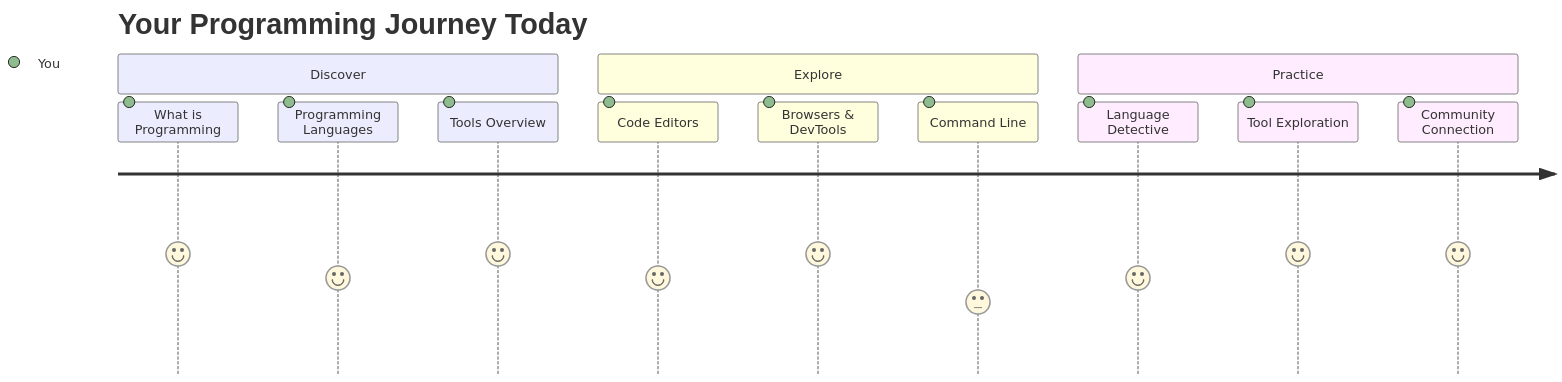
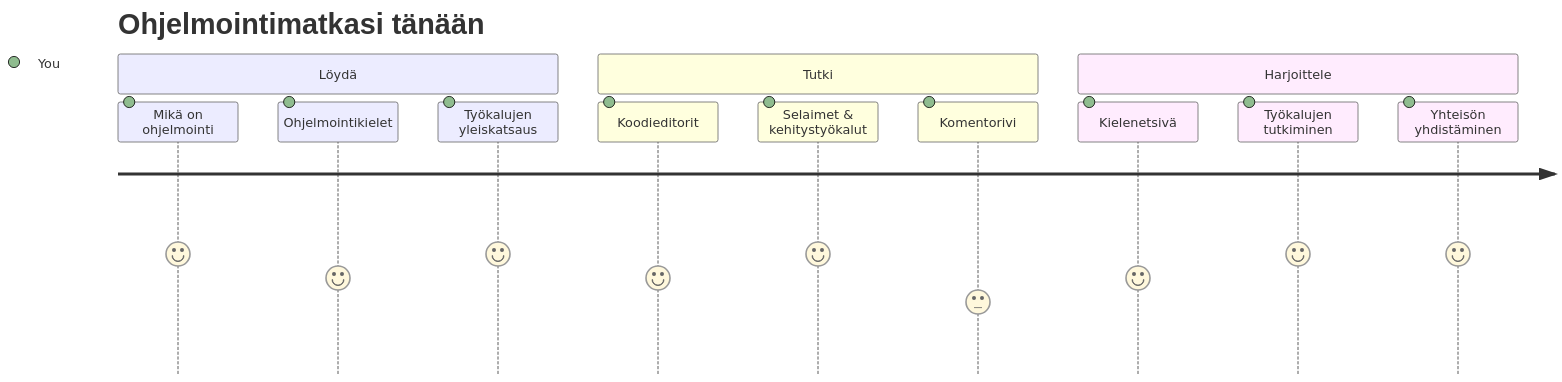
The first of 7 diagrams in translations/fi/1-getting-started-lessons/1-intro-to-programming-languages/README.md (microsoft/Web-Dev-For-Beginners), drawn with Mermaid before and after one commit. The commit also changed other lines of this file and 11 other files, not shown here.

````diff
--- a/translations/fi/1-getting-started-lessons/1-intro-to-programming-languages/README.md
+++ b/translations/fi/1-getting-started-lessons/1-intro-to-programming-languages/README.md
@@ -14,16 +14,16 @@
 ```mermaid
 journey
-    title Your Programming Journey Today
-    section Discover
-      What is Programming: 5: You
-      Programming Languages: 4: You
-      Tools Overview: 5: You
-    section Explore
-      Code Editors: 4: You
-      Browsers & DevTools: 5: You
-      Command Line: 3: You
-    section Practice
-      Language Detective: 4: You
-      Tool Exploration: 5: You
-      Community Connection: 5: You
+    title Ohjelmointimatkasi tänään
+    section Löydä
+      Mikä on ohjelmointi: 5: You
+      Ohjelmointikielet: 4: You
+      Työkalujen yleiskatsaus: 5: You
+    section Tutki
+      Koodieditorit: 4: You
+      Selaimet & kehitystyökalut: 5: You
+      Komentorivi: 3: You
+    section Harjoittele
+      Kielenetsivä: 4: You
+      Työkalujen tutkiminen: 5: You
+      Yhteisön yhdistäminen: 5: You
 ```
````
